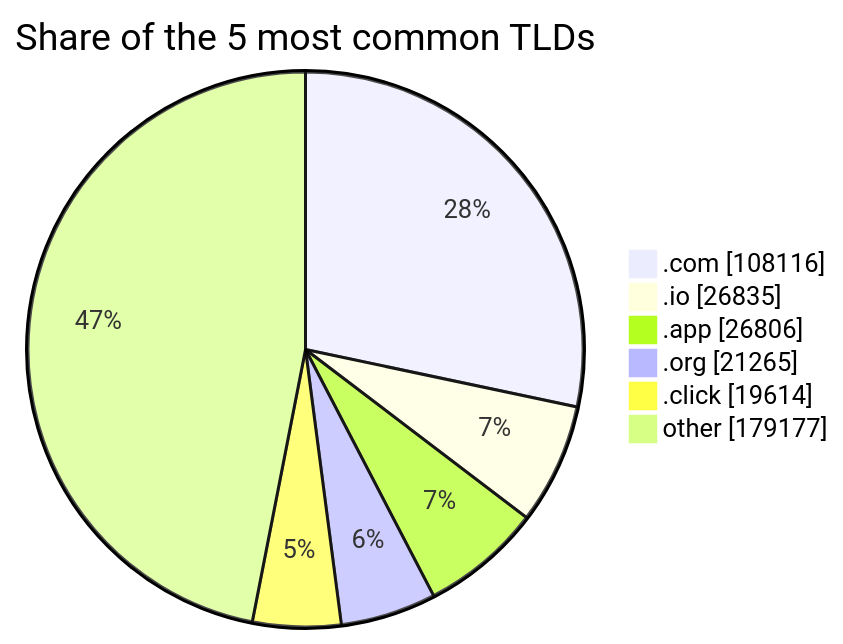
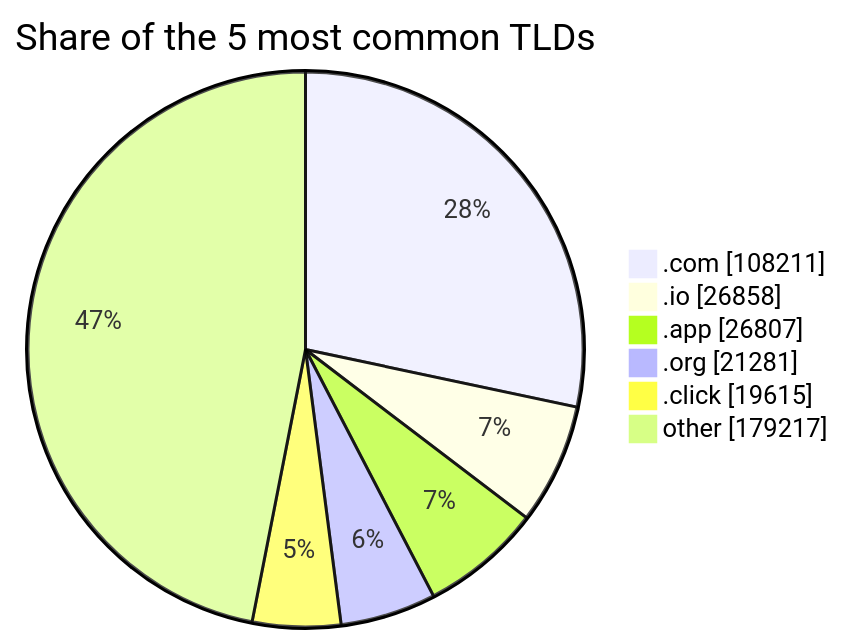
The third of 3 diagrams in README.md (DNSBunker/CTI), drawn with Mermaid before and after one commit. The commit also changed other lines of this file and 3 other files, not shown here.

````diff
--- a/README.md
+++ b/README.md
@@ -81,9 +81,9 @@
 ```mermaid
 pie showData title Share of the 5 most common TLDs
-    ".com" : 108116
-    ".io" : 26835
-    ".app" : 26806
-    ".org" : 21265
-    ".click" : 19614
-    "other" : 179177
+    ".com" : 108211
+    ".io" : 26858
+    ".app" : 26807
+    ".org" : 21281
+    ".click" : 19615
+    "other" : 179217
 ```
````
